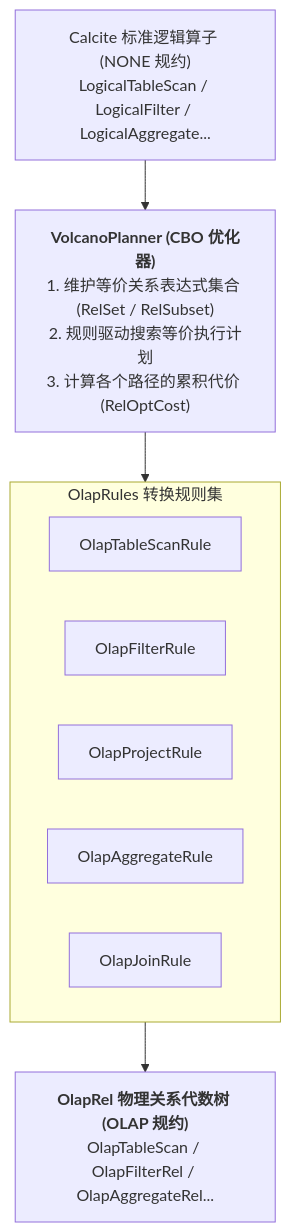
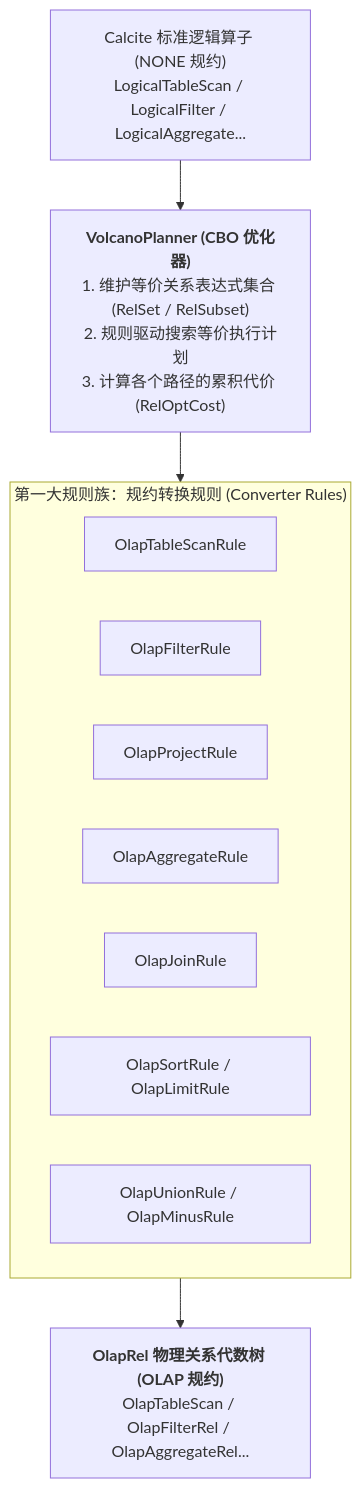
One commit to Mrhs121/mrhs121.github.io changed the second of 5 diagrams in posts/2026-08-18-kylin-query-engine-02-olap-rel-and-rules.md. Above: the diagram before and after it, drawn with Mermaid. The commit also changed other lines of this file, not shown here.

````diff
--- a/posts/2026-08-18-kylin-query-engine-02-olap-rel-and-rules.md
+++ b/posts/2026-08-18-kylin-query-engine-02-olap-rel-and-rules.md
@@ -50,15 +52,17 @@
 ```mermaid
 flowchart TD
     LogicalTree["Calcite 标准逻辑算子 (NONE 规约)<br/>LogicalTableScan / LogicalFilter / LogicalAggregate..."] --> Volcano["<b>VolcanoPlanner (CBO 优化器)</b><br/>1. 维护等价关系表达式集合 (RelSet / RelSubset)<br/>2. 规则驱动搜索等价执行计划<br/>3. 计算各个路径的累积代价 (RelOptCost)"]
     
-    subgraph Rules ["OlapRules 转换规则集"]
+    subgraph Rules ["第一大规则族：规约转换规则 (Converter Rules)"]
         R1[OlapTableScanRule]
         R2[OlapFilterRule]
         R3[OlapProjectRule]
         R4[OlapAggregateRule]
         R5[OlapJoinRule]
+        R6[OlapSortRule / OlapLimitRule]
+        R7[OlapUnionRule / OlapMinusRule]
     end
     
     Volcano --> Rules
     Rules --> OlapTree["<b>OlapRel 物理关系代数树 (OLAP 规约)</b><br/>OlapTableScan / OlapFilterRel / OlapAggregateRel..."]
 ```
````
